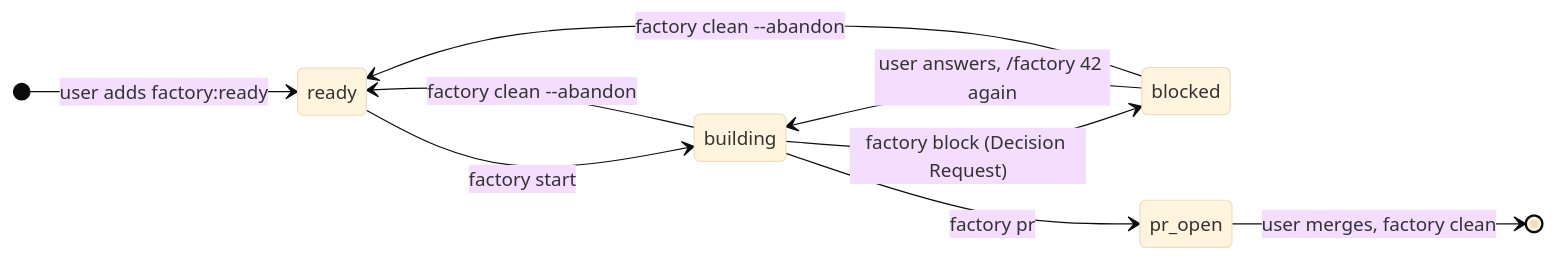
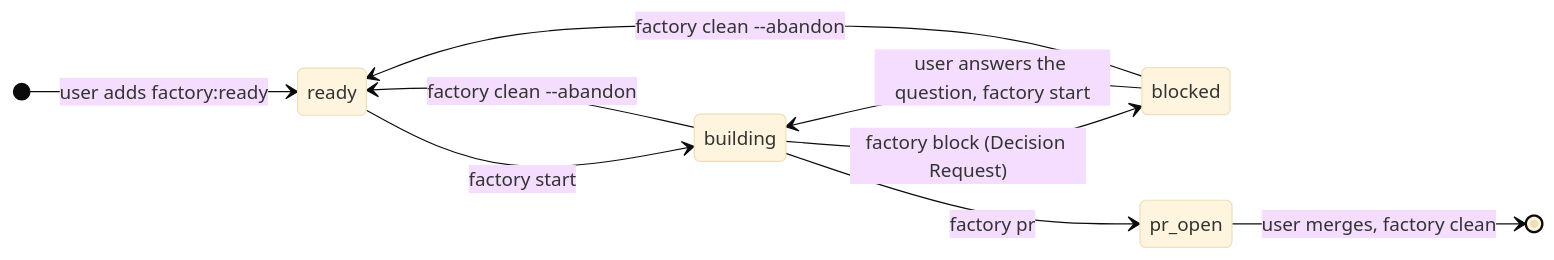
One commit to moralesbang/wandr changed the diagram in factory/docs/operating.md. Above: the diagram before and after it, drawn with Mermaid (base theme). The commit also changed other lines of this file and 50 other files, not shown here.

First line of the commit message:
feat(factory): v1.7 freeze the factory under a job, ask the user through the orchestrator, review in proportion

````diff
--- a/factory/docs/operating.md
+++ b/factory/docs/operating.md
@@ -7,12 +7,12 @@
 ```mermaid
 stateDiagram-v2
     direction LR
     [*] --> ready: user adds factory:ready
     ready --> building: factory start
     building --> blocked: factory block (Decision Request)
-    blocked --> building: user answers, /factory 42 again
+    blocked --> building: user answers the question, factory start
     building --> pr_open: factory pr
     pr_open --> [*]: user merges, factory clean
     building --> ready: factory clean --abandon
     blocked --> ready: factory clean --abandon
 ```
````
